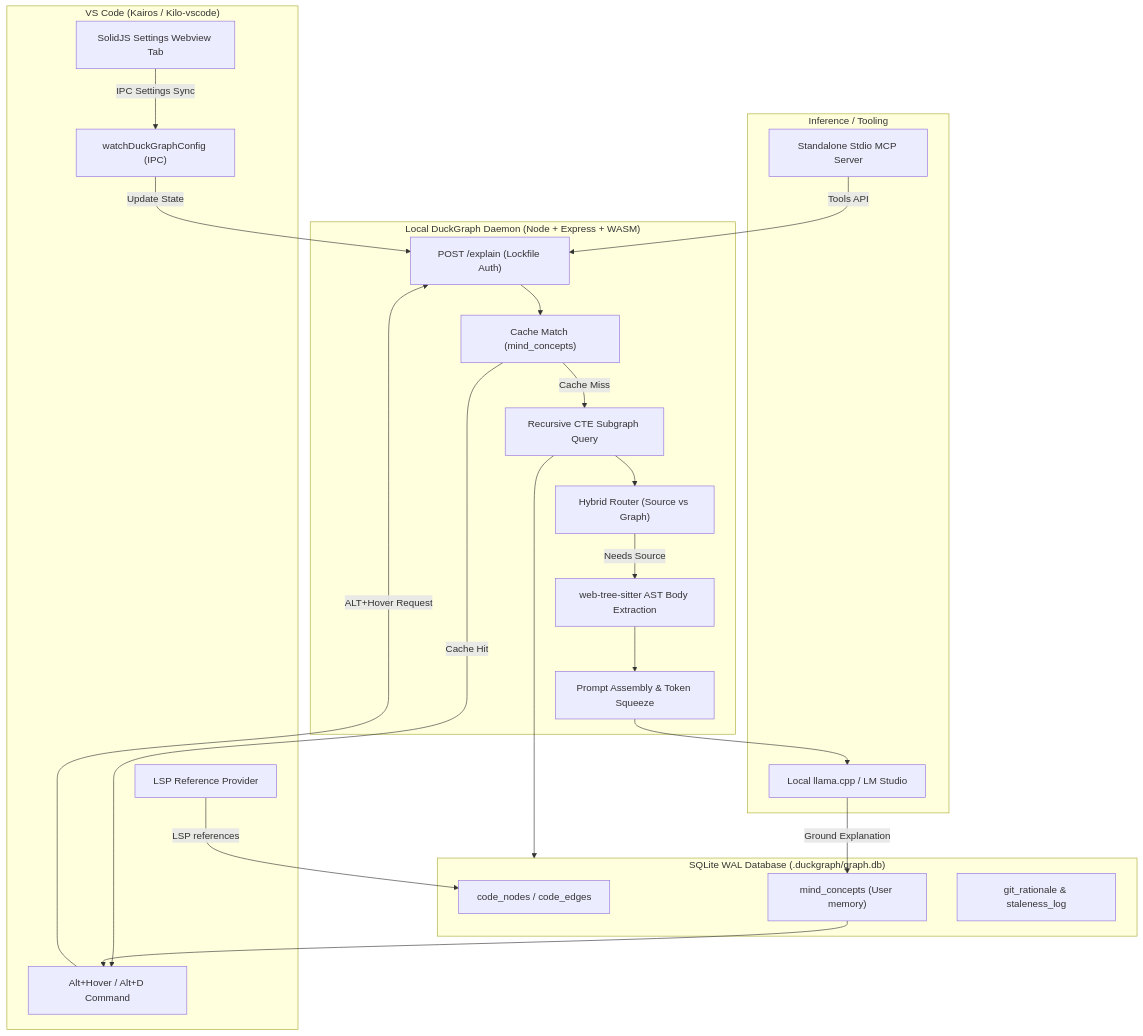
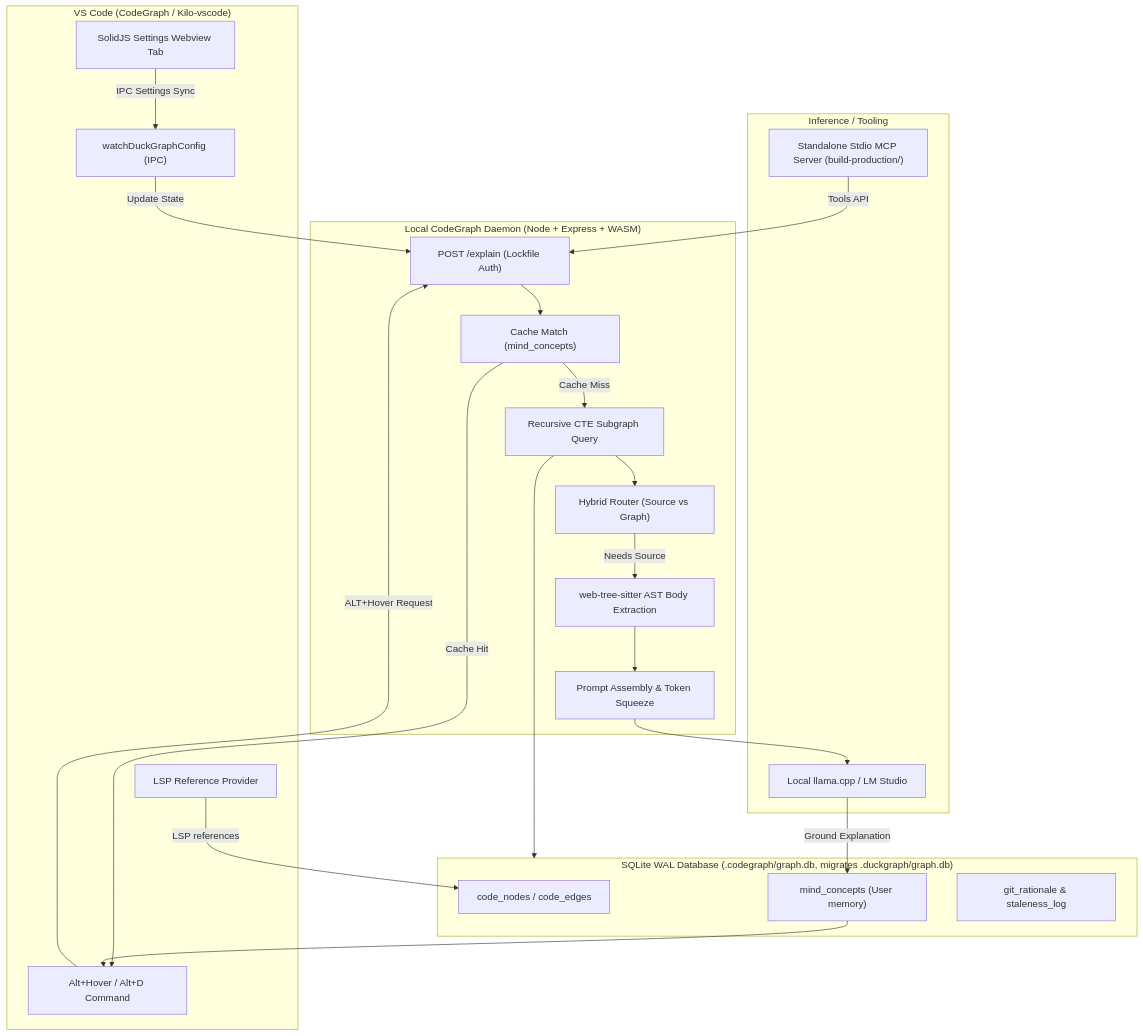
The diagram in README.md (Ashvin-KS/codegraph), drawn with Mermaid before and after one commit. The commit also changed other lines of this file and 73 other files, not shown here.

Commit message:
feat: release CodeGraph v0.2.0 with stable re-indexing, branch-safe watcher, and standalone MCP server

````diff
--- a/README.md
+++ b/README.md
@@ -13,45 +74,45 @@
 ```mermaid
 flowchart TB
-    subgraph IDE ["VS Code (Kairos / Kilo-vscode)"]
+    subgraph IDE ["VS Code (CodeGraph / Kilo-vscode)"]
         UI["SolidJS Settings Webview Tab"]
         A["Alt+Hover / Alt+D Command"]
         E["LSP Reference Provider"]
         W["watchDuckGraphConfig (IPC)"]
     end
 
-    subgraph Daemon ["Local DuckGraph Daemon (Node + Express + WASM)"]
+    subgraph Daemon ["Local CodeGraph Daemon (Node + Express + WASM)"]
         F["POST /explain (Lockfile Auth)"]
         G["Cache Match (mind_concepts)"]
         H["Recursive CTE Subgraph Query"]
         I["Hybrid Router (Source vs Graph)"]
         J["web-tree-sitter AST Body Extraction"]
         K["Prompt Assembly & Token Squeeze"]
     end
 
-    subgraph DB ["SQLite WAL Database (.duckgraph/graph.db)"]
+    subgraph DB ["SQLite WAL Database (.codegraph/graph.db, migrates .duckgraph/graph.db)"]
         N["code_nodes / code_edges"]
         O["mind_concepts (User memory)"]
         P["git_rationale & staleness_log"]
     end
 
     subgraph Providers ["Inference / Tooling"]
         L["Local llama.cpp / LM Studio"]
-        MCP["Standalone Stdio MCP Server"]
+        MCP["Standalone Stdio MCP Server (build-production/)"]
     end
 
     UI -->|IPC Settings Sync| W
     W -->|Update State| F
     A -->|ALT+Hover Request| F
     E -->|LSP references| N
     F --> G
     G -->|Cache Hit| A
     G -->|Cache Miss| H
     H --> DB
     H --> I
     I -->|Needs Source| J
     J --> K
     K --> L
     L -->|Ground Explanation| O
     O --> A
     MCP -->|Tools API| F
 ```
````
